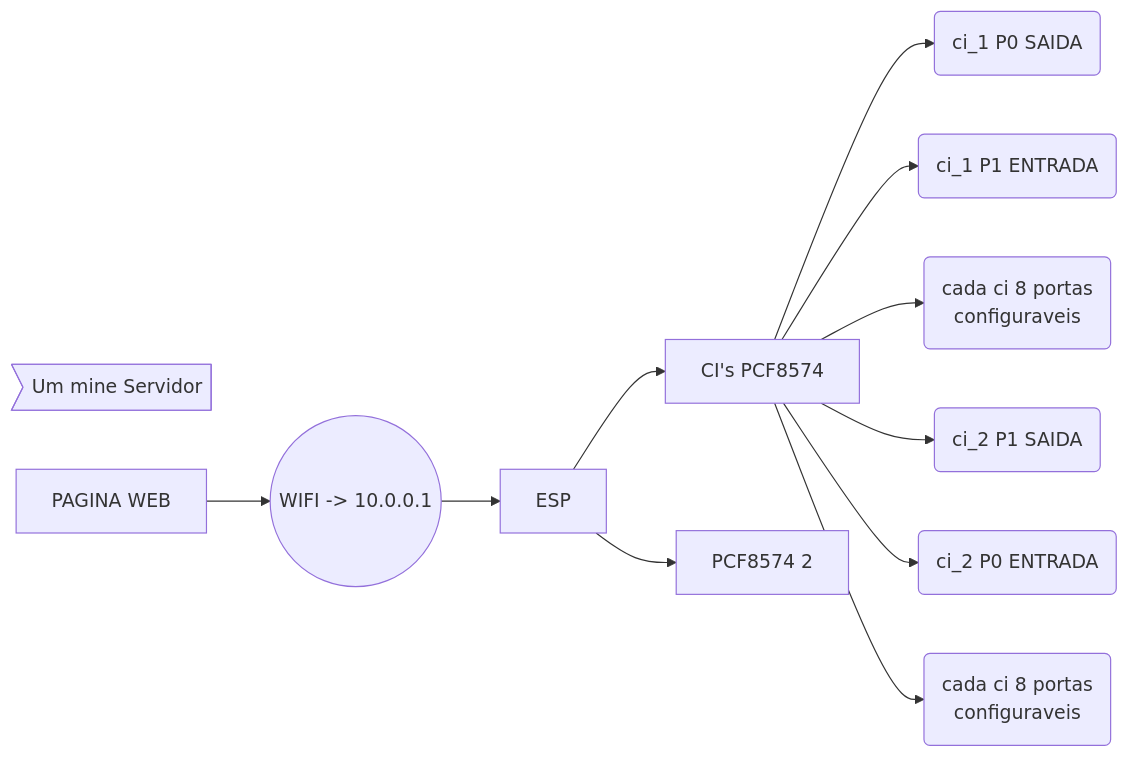
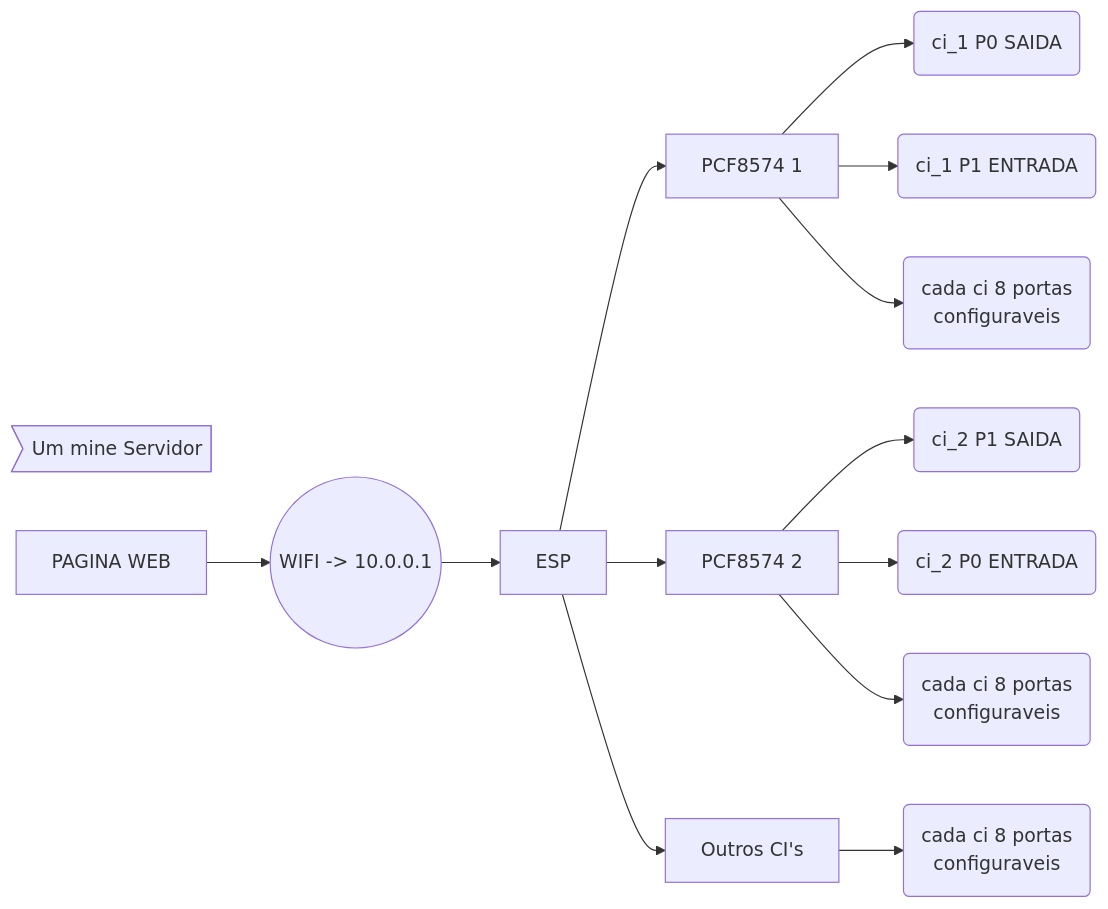
One commit to Condiolov/AppCasa changed the third of 4 diagrams in README.md. Above: the diagram before and after it, drawn with Mermaid.

````diff
--- a/README.md
+++ b/README.md
@@ -42,14 +42,16 @@
 ```mermaid
 graph LR
 NOTA>Um mine Servidor]
 A[PAGINA WEB] --> B((WIFI -> 10.0.0.1))
 B --> D[ESP]
-D --> E[CI's PCF8574]
+D --> E[PCF8574 1]
 E-->F(ci_1 P0 SAIDA)
 E-->G(ci_1 P1 ENTRADA)
 E-->H(cada ci 8 portas<br/> configuraveis)
 D --> E2[PCF8574 2 ]
-E-->F2(ci_2 P1 SAIDA)
-E-->G2(ci_2 P0 ENTRADA)
-E-->H2(cada ci 8 portas<br/> configuraveis)
+E2-->F2(ci_2 P1 SAIDA)
+E2-->G2(ci_2 P0 ENTRADA)
+E2-->H2(cada ci 8 portas<br/> configuraveis)
+D --> E3[Outros CI's ]
+E3-->H3(cada ci 8 portas<br/> configuraveis)
 ```
````
